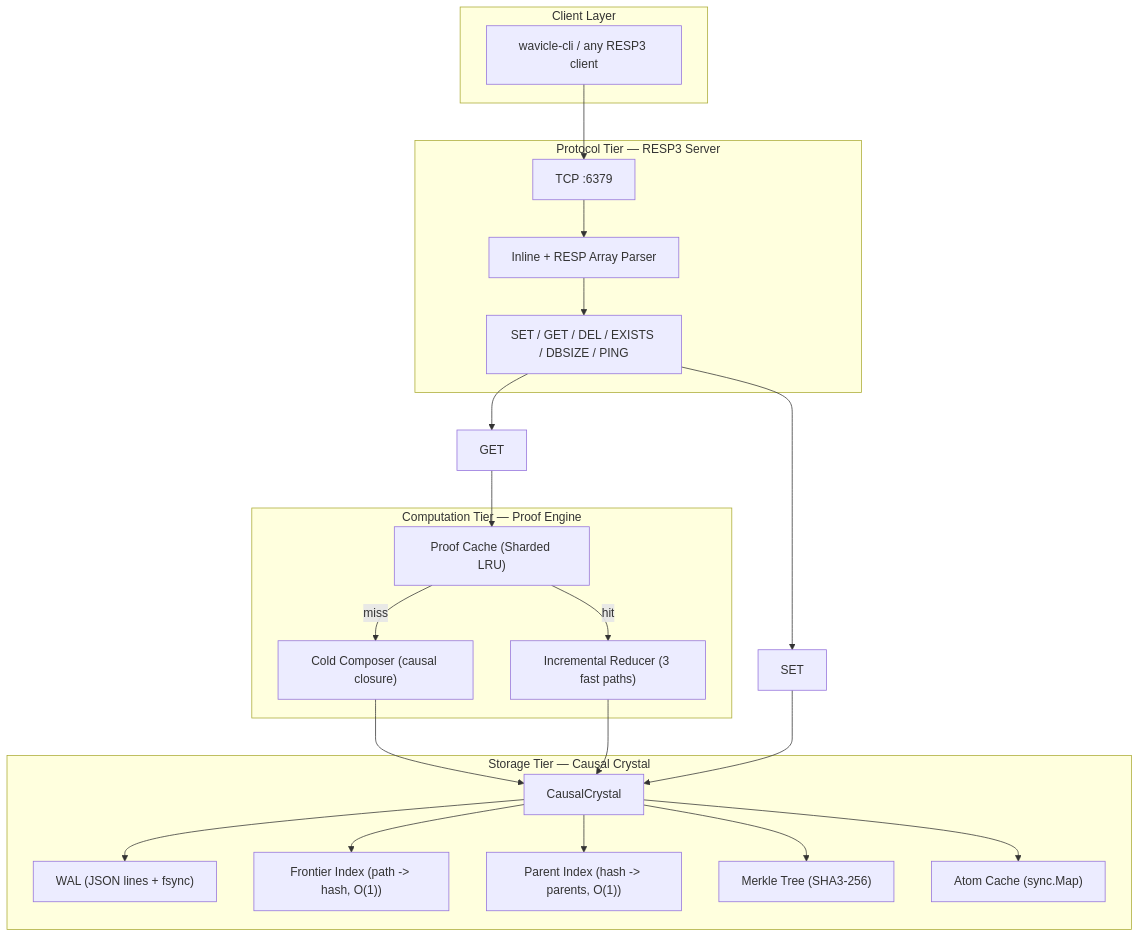
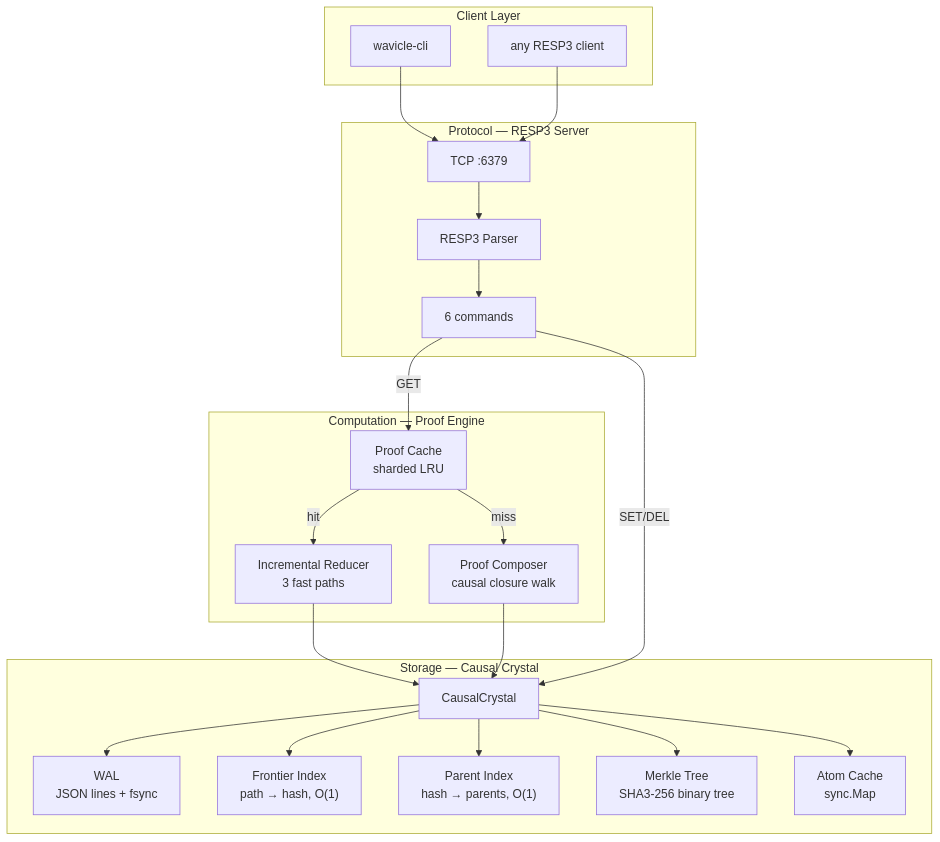
One commit to tanmayjoddar/wavicle changed the diagram in readme.md. Above: the diagram before and after it, drawn with Mermaid. The commit also changed other lines of this file, not shown here.

````diff
--- a/readme.md
+++ b/readme.md
@@ -46,40 +83,41 @@
 ```mermaid
 graph TB
     subgraph "Client Layer"
-        RC["wavicle-cli / any RESP3 client"]
+        CLI["wavicle-cli"]
+        ANY["any RESP3 client"]
     end
 
-    subgraph "Protocol Tier — RESP3 Server"
+    subgraph "Protocol — RESP3 Server"
         TCP["TCP :6379"]
-        PARSE["Inline + RESP Array Parser"]
-        CMDS["SET / GET / DEL / EXISTS / DBSIZE / PING"]
+        PARSE["RESP3 Parser"]
+        CMDS["6 commands"]
     end
 
-    subgraph "Computation Tier — Proof Engine"
-        CACHE["Proof Cache (Sharded LRU)"]
-        COLD["Cold Composer (causal closure)"]
-        INCR["Incremental Reducer (3 fast paths)"]
+    subgraph "Computation — Proof Engine"
+        CACHE["Proof Cache<br/>sharded LRU"]
+        COLD["Proof Composer<br/>causal closure walk"]
+        INCR["Incremental Reducer<br/>3 fast paths"]
     end
 
-    subgraph "Storage Tier — Causal Crystal"
+    subgraph "Storage — Causal Crystal"
         CRYSTAL["CausalCrystal"]
-        WAL["WAL (JSON lines + fsync)"]
-        FRONT["Frontier Index (path -> hash, O(1))"]
-        PARENT["Parent Index (hash -> parents, O(1))"]
-        MERKLE["Merkle Tree (SHA3-256)"]
-        ATOMCACHE["Atom Cache (sync.Map)"]
+        WAL["WAL<br/>JSON lines + fsync"]
+        FRONT["Frontier Index<br/>path → hash, O(1)"]
+        PARENT["Parent Index<br/>hash → parents, O(1)"]
+        MERKLE["Merkle Tree<br/>SHA3-256 binary tree"]
+        ATOMCACHE["Atom Cache<br/>sync.Map"]
     end
 
-    RC --> TCP --> PARSE --> CMDS
-    CMDS --> GET
-    CMDS --> SET
-    GET --> CACHE
+    CLI --> TCP
+    ANY --> TCP
+    TCP --> PARSE --> CMDS
+    CMDS -->|GET| CACHE
+    CACHE -->|hit| INCR --> CRYSTAL
     CACHE -->|miss| COLD --> CRYSTAL
-    CACHE -->|hit| INCR --> CRYSTAL
-    SET --> CRYSTAL
+    CMDS -->|SET/DEL| CRYSTAL
     CRYSTAL --> WAL
     CRYSTAL --> FRONT
     CRYSTAL --> PARENT
     CRYSTAL --> MERKLE
     CRYSTAL --> ATOMCACHE
 ```
````
